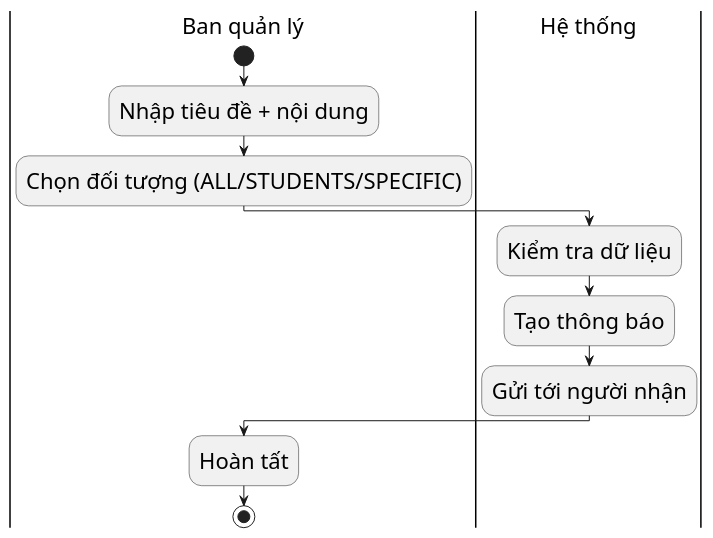
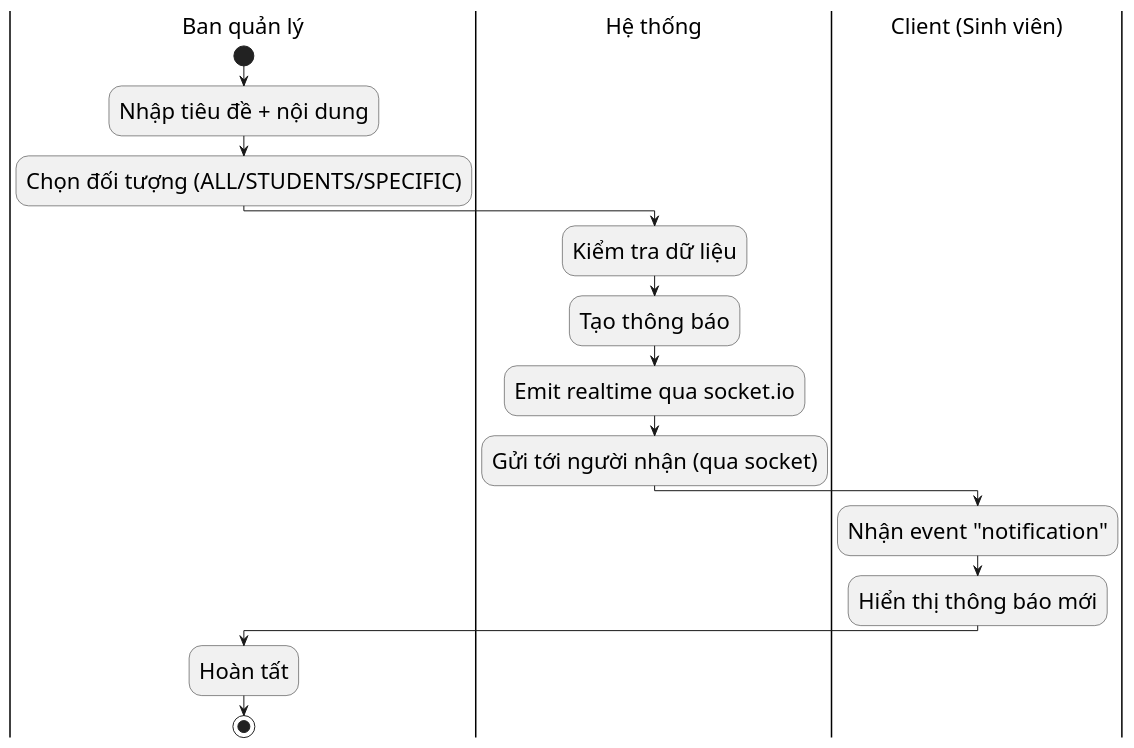
One commit to s0nbuildtech287/dormitory-frontend changed the diagram in diagrams/nhomthongbao/notification_send_activity.puml. Above: the diagram before and after it, drawn with PlantUML. The commit also changed 1 other file, not shown here.

```diff
--- a/diagrams/nhomthongbao/notification_send_activity.puml
+++ b/diagrams/nhomthongbao/notification_send_activity.puml
@@ -1,15 +1,19 @@
 @startuml "Notification Send Activity"
 skinparam defaultFontSize 22
 skinparam defaultFontName "Times New Roman"
 |Ban quản lý|
 start
 :Nhập tiêu đề + nội dung;
 :Chọn đối tượng (ALL/STUDENTS/SPECIFIC);
 |Hệ thống|
 :Kiểm tra dữ liệu;
 :Tạo thông báo;
-:Gửi tới người nhận;
+:Emit realtime qua socket.io;
+:Gửi tới người nhận (qua socket);
+|Client (Sinh viên)|
+ :Nhận event "notification";
+ :Hiển thị thông báo mới;
 |Ban quản lý|
 :Hoàn tất;
 stop
 @enduml
```
